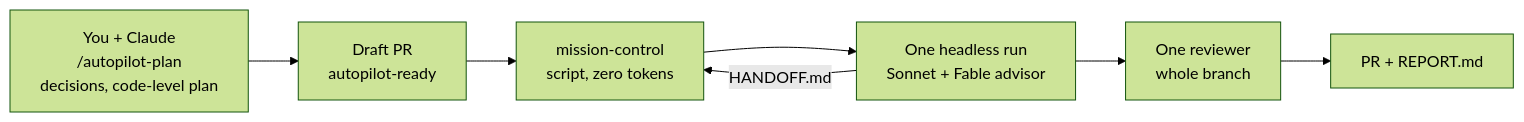
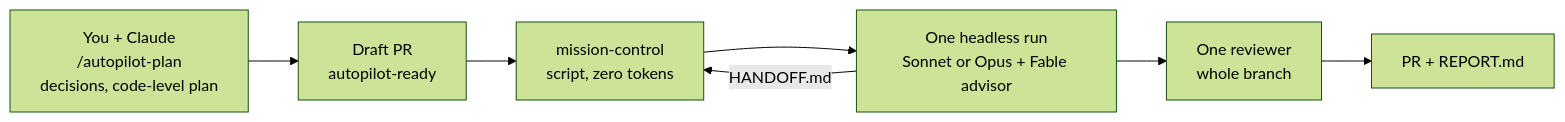
Before and after one commit to evelan-de/claude-code-plugins: the third of 9 diagrams in docs/autopilot-developer-guide.md, drawn with Mermaid (forest theme). The commit also changed other lines of this file and 8 other files, not shown here.

First line of the commit message:
feat(autopilot): run model from the plan header (Model: sonnet | opus); Sonnet always at effort xhigh or max; per-model budget and fallback (plugin 3.1.0)

````diff
--- a/docs/autopilot-developer-guide.md
+++ b/docs/autopilot-developer-guide.md
@@ -95,9 +95,9 @@
 ```mermaid
 flowchart LR
     U3["You + Claude<br/>/autopilot-plan<br/>decisions, code-level plan"] --> PR0["Draft PR<br/>autopilot-ready"]
     PR0 --> Q["mission-control<br/>script, zero tokens"]
-    Q --> RUN["One headless run<br/>Sonnet + Fable advisor"]
+    Q --> RUN["One headless run<br/>Sonnet or Opus + Fable advisor"]
     RUN -- "HANDOFF.md" --> Q
     RUN --> REV["One reviewer<br/>whole branch"]
     REV --> OUT["PR + REPORT.md"]
 ```
````
